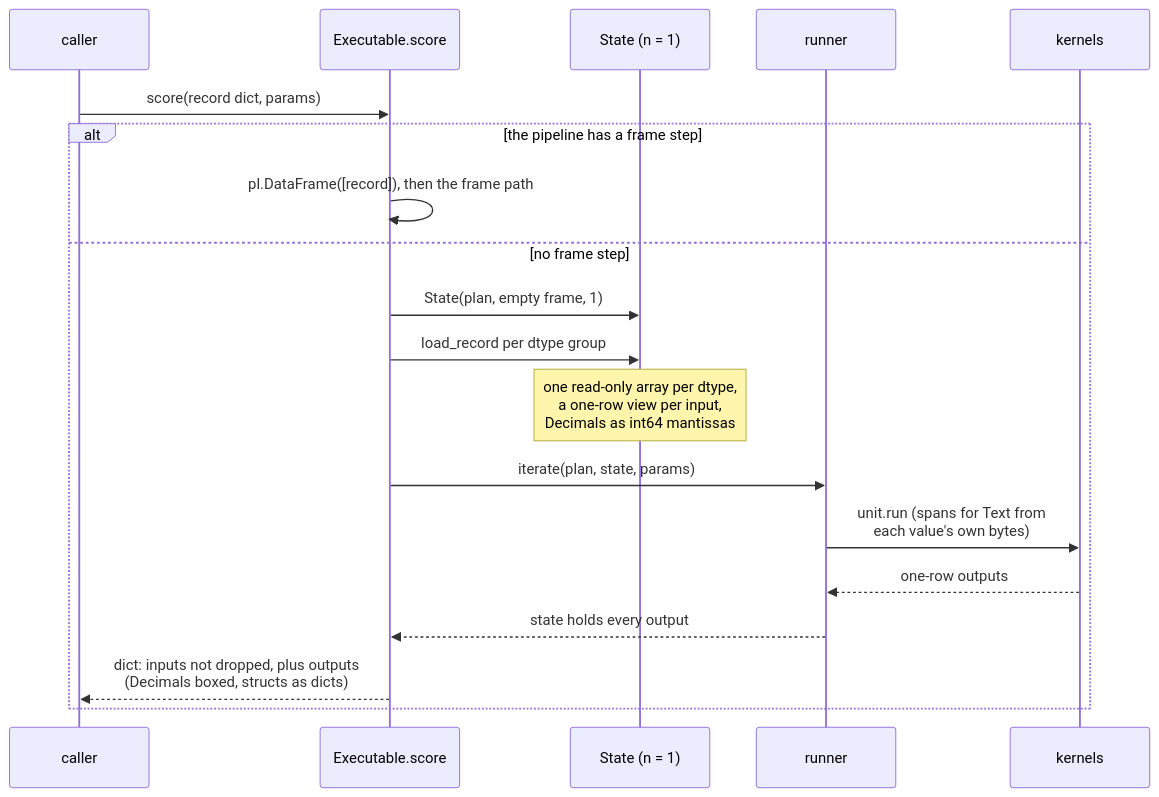
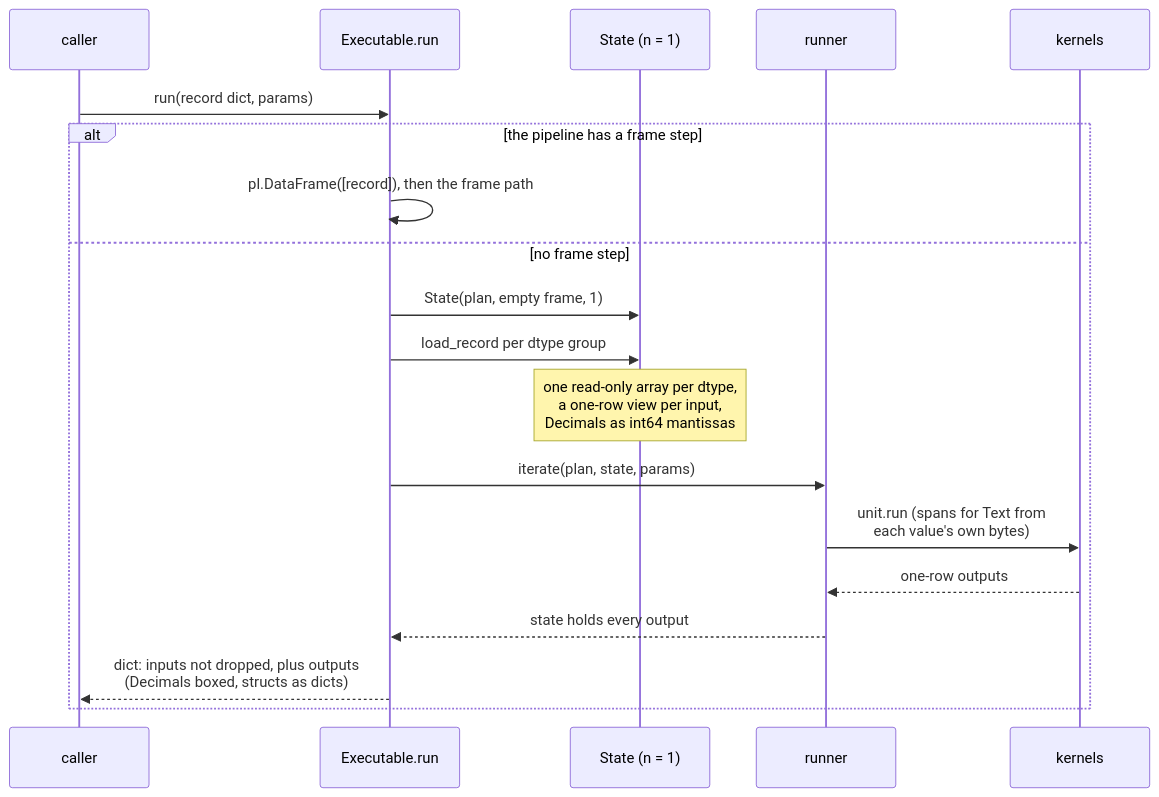
One commit to capitec/dsp-decision-engine changed the second of 2 diagrams in docs/architecture/engine/boundary.md. Above: the diagram before and after it, drawn with Mermaid. The commit also changed other lines of this file and 55 other files, not shown here.

Commit message:
docs: run takes a dict record or a frame; every score example and mention now says run, and the engine decision records the dispatch order and its cost

````diff
--- a/docs/architecture/engine/boundary.md
+++ b/docs/architecture/engine/boundary.md
@@ -318,21 +318,21 @@
 ```mermaid
 sequenceDiagram
     participant C as caller
-    participant X as Executable.score
+    participant X as Executable.run
     participant S as State (n = 1)
     participant R as runner
     participant K as kernels
-    C->>X: score(record dict, params)
+    C->>X: run(record dict, params)
     alt the pipeline has a frame step
         X->>X: pl.DataFrame([record]), then the frame path
     else no frame step
         X->>S: State(plan, empty frame, 1)
         X->>S: load_record per dtype group
         Note over S: one read-only array per dtype,<br/>a one-row view per input,<br/>Decimals as int64 mantissas
         X->>R: iterate(plan, state, params)
         R->>K: unit.run (spans for Text from<br/>each value's own bytes)
         K-->>R: one-row outputs
         R-->>X: state holds every output
         X-->>C: dict: inputs not dropped, plus outputs<br/>(Decimals boxed, structs as dicts)
     end
 ```
````
